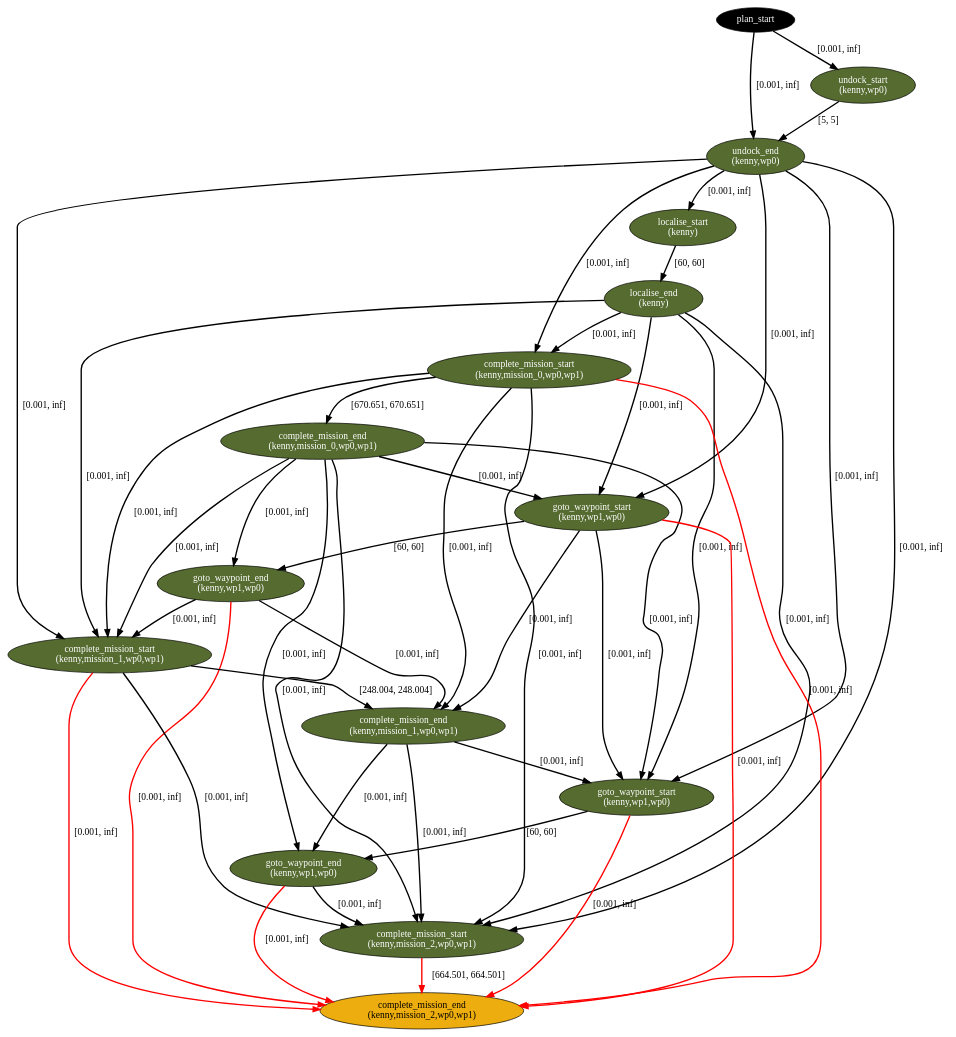
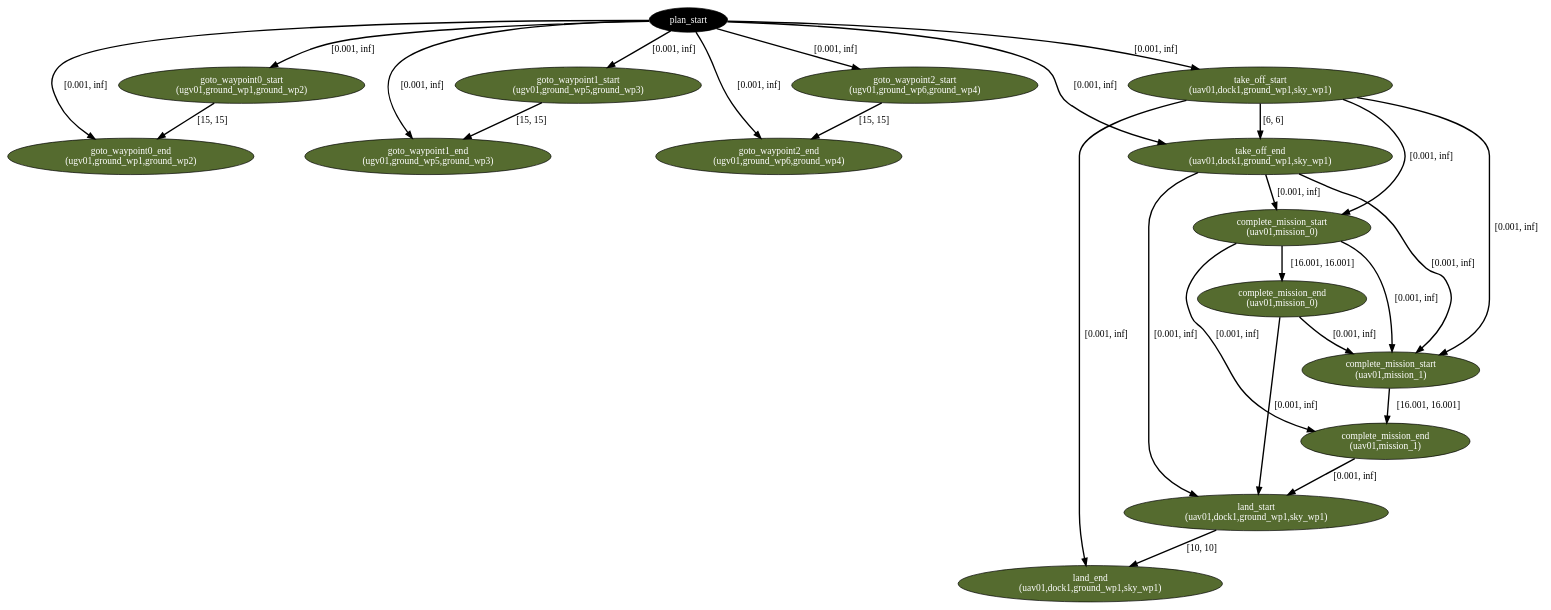
The diagram in scripts/strategic_plan.dot (m312z/rosplan_interface_strategic_redone), drawn with Graphviz before and after one commit. The commit also changed 30 other files, not shown here.

```diff
--- a/scripts/strategic_plan.dot
+++ b/scripts/strategic_plan.dot
@@ -1,75 +1,57 @@
 digraph plan {
 0[ label="plan_start",style=filled,fillcolor=black,fontcolor=white];
-1[ label="undock_start
-(kenny,wp0)",style=filled,fillcolor=darkolivegreen,fontcolor=white];
-2[ label="undock_end
-(kenny,wp0)",style=filled,fillcolor=darkolivegreen,fontcolor=white];
-3[ label="localise_start
-(kenny)",style=filled,fillcolor=darkolivegreen,fontcolor=white];
-4[ label="localise_end
-(kenny)",style=filled,fillcolor=darkolivegreen,fontcolor=white];
-5[ label="complete_mission_start
-(kenny,mission_0,wp0,wp1)",style=filled,fillcolor=darkolivegreen,fontcolor=white];
-6[ label="complete_mission_end
-(kenny,mission_0,wp0,wp1)",style=filled,fillcolor=darkolivegreen,fontcolor=white];
-7[ label="goto_waypoint_start
-(kenny,wp1,wp0)",style=filled,fillcolor=darkolivegreen,fontcolor=white];
-8[ label="goto_waypoint_end
-(kenny,wp1,wp0)",style=filled,fillcolor=darkolivegreen,fontcolor=white];
+1[ label="goto_waypoint0_start
+(ugv01,ground_wp1,ground_wp2)",style=filled,fillcolor=darkolivegreen,fontcolor=white];
+2[ label="goto_waypoint0_end
+(ugv01,ground_wp1,ground_wp2)",style=filled,fillcolor=darkolivegreen,fontcolor=white];
+3[ label="goto_waypoint1_start
+(ugv01,ground_wp5,ground_wp3)",style=filled,fillcolor=darkolivegreen,fontcolor=white];
+4[ label="goto_waypoint1_end
+(ugv01,ground_wp5,ground_wp3)",style=filled,fillcolor=darkolivegreen,fontcolor=white];
+5[ label="goto_waypoint2_start
+(ugv01,ground_wp6,ground_wp4)",style=filled,fillcolor=darkolivegreen,fontcolor=white];
+6[ label="goto_waypoint2_end
+(ugv01,ground_wp6,ground_wp4)",style=filled,fillcolor=darkolivegreen,fontcolor=white];
+7[ label="take_off_start
+(uav01,dock1,ground_wp1,sky_wp1)",style=filled,fillcolor=darkolivegreen,fontcolor=white];
+8[ label="take_off_end
+(uav01,dock1,ground_wp1,sky_wp1)",style=filled,fillcolor=darkolivegreen,fontcolor=white];
 9[ label="complete_mission_start
-(kenny,mission_1,wp0,wp1)",style=filled,fillcolor=darkolivegreen,fontcolor=white];
+(uav01,mission_0)",style=filled,fillcolor=darkolivegreen,fontcolor=white];
 10[ label="complete_mission_end
-(kenny,mission_1,wp0,wp1)",style=filled,fillcolor=darkolivegreen,fontcolor=white];
-11[ label="goto_waypoint_start
-(kenny,wp1,wp0)",style=filled,fillcolor=darkolivegreen,fontcolor=white];
-12[ label="goto_waypoint_end
-(kenny,wp1,wp0)",style=filled,fillcolor=darkolivegreen,fontcolor=white];
-13[ label="complete_mission_start
-(kenny,mission_2,wp0,wp1)",style=filled,fillcolor=darkolivegreen,fontcolor=white];
-14[ label="complete_mission_end
-(kenny,mission_2,wp0,wp1)",style=filled,fillcolor=darkgoldenrod2];
+(uav01,mission_0)",style=filled,fillcolor=darkolivegreen,fontcolor=white];
+11[ label="complete_mission_start
+(uav01,mission_1)",style=filled,fillcolor=darkolivegreen,fontcolor=white];
+12[ label="complete_mission_end
+(uav01,mission_1)",style=filled,fillcolor=darkolivegreen,fontcolor=white];
+13[ label="land_start
+(uav01,dock1,ground_wp1,sky_wp1)",style=filled,fillcolor=darkolivegreen,fontcolor=white];
+14[ label="land_end
+(uav01,dock1,ground_wp1,sky_wp1)",style=filled,fillcolor=darkolivegreen,fontcolor=white];
 "0" -> "1" [ label="[0.001, inf]" , penwidth=2, color="black"]
-"1" -> "2" [ label="[5, 5]" , penwidth=2, color="black"]
+"0" -> "3" [ label="[0.001, inf]" , penwidth=2, color="black"]
+"0" -> "5" [ label="[0.001, inf]" , penwidth=2, color="black"]
+"0" -> "7" [ label="[0.001, inf]" , penwidth=2, color="black"]
+"7" -> "8" [ label="[6, 6]" , penwidth=2, color="black"]
+"0" -> "8" [ label="[0.001, inf]" , penwidth=2, color="black"]
+"8" -> "9" [ label="[0.001, inf]" , penwidth=2, color="black"]
+"7" -> "9" [ label="[0.001, inf]" , penwidth=2, color="black"]
+"1" -> "2" [ label="[15, 15]" , penwidth=2, color="black"]
 "0" -> "2" [ label="[0.001, inf]" , penwidth=2, color="black"]
-"2" -> "3" [ label="[0.001, inf]" , penwidth=2, color="black"]
-"3" -> "4" [ label="[60, 60]" , penwidth=2, color="black"]
-"2" -> "5" [ label="[0.001, inf]" , penwidth=2, color="black"]
-"4" -> "5" [ label="[0.001, inf]" , penwidth=2, color="black"]
-"5" -> "6" [ label="[670.651, 670.651]" , penwidth=2, color="black"]
-"6" -> "7" [ label="[0.001, inf]" , penwidth=2, color="black"]
-"4" -> "7" [ label="[0.001, inf]" , penwidth=2, color="black"]
-"2" -> "7" [ label="[0.001, inf]" , penwidth=2, color="black"]
-"7" -> "8" [ label="[60, 60]" , penwidth=2, color="black"]
-"6" -> "8" [ label="[0.001, inf]" , penwidth=2, color="black"]
-"2" -> "9" [ label="[0.001, inf]" , penwidth=2, color="black"]
-"4" -> "9" [ label="[0.001, inf]" , penwidth=2, color="black"]
-"6" -> "9" [ label="[0.001, inf]" , penwidth=2, color="black"]
-"8" -> "9" [ label="[0.001, inf]" , penwidth=2, color="black"]
-"5" -> "9" [ label="[0.001, inf]" , penwidth=2, color="black"]
-"9" -> "10" [ label="[248.004, 248.004]" , penwidth=2, color="black"]
-"8" -> "10" [ label="[0.001, inf]" , penwidth=2, color="black"]
-"7" -> "10" [ label="[0.001, inf]" , penwidth=2, color="black"]
-"5" -> "10" [ label="[0.001, inf]" , penwidth=2, color="black"]
+"3" -> "4" [ label="[15, 15]" , penwidth=2, color="black"]
+"0" -> "4" [ label="[0.001, inf]" , penwidth=2, color="black"]
+"5" -> "6" [ label="[15, 15]" , penwidth=2, color="black"]
+"0" -> "6" [ label="[0.001, inf]" , penwidth=2, color="black"]
+"9" -> "10" [ label="[16.001, 16.001]" , penwidth=2, color="black"]
 "10" -> "11" [ label="[0.001, inf]" , penwidth=2, color="black"]
-"4" -> "11" [ label="[0.001, inf]" , penwidth=2, color="black"]
-"2" -> "11" [ label="[0.001, inf]" , penwidth=2, color="black"]
+"8" -> "11" [ label="[0.001, inf]" , penwidth=2, color="black"]
+"9" -> "11" [ label="[0.001, inf]" , penwidth=2, color="black"]
 "7" -> "11" [ label="[0.001, inf]" , penwidth=2, color="black"]
-"6" -> "11" [ label="[0.001, inf]" , penwidth=2, color="black"]
-"11" -> "12" [ label="[60, 60]" , penwidth=2, color="black"]
-"10" -> "12" [ label="[0.001, inf]" , penwidth=2, color="black"]
-"6" -> "12" [ label="[0.001, inf]" , penwidth=2, color="black"]
-"2" -> "13" [ label="[0.001, inf]" , penwidth=2, color="black"]
-"4" -> "13" [ label="[0.001, inf]" , penwidth=2, color="black"]
+"11" -> "12" [ label="[16.001, 16.001]" , penwidth=2, color="black"]
+"9" -> "12" [ label="[0.001, inf]" , penwidth=2, color="black"]
+"8" -> "13" [ label="[0.001, inf]" , penwidth=2, color="black"]
+"12" -> "13" [ label="[0.001, inf]" , penwidth=2, color="black"]
 "10" -> "13" [ label="[0.001, inf]" , penwidth=2, color="black"]
-"12" -> "13" [ label="[0.001, inf]" , penwidth=2, color="black"]
-"9" -> "13" [ label="[0.001, inf]" , penwidth=2, color="black"]
-"6" -> "13" [ label="[0.001, inf]" , penwidth=2, color="black"]
-"5" -> "13" [ label="[0.001, inf]" , penwidth=2, color="black"]
-"13" -> "14" [ label="[664.501, 664.501]" , penwidth=2, color="red"]
-"12" -> "14" [ label="[0.001, inf]" , penwidth=2, color="red"]
-"11" -> "14" [ label="[0.001, inf]" , penwidth=2, color="red"]
-"9" -> "14" [ label="[0.001, inf]" , penwidth=2, color="red"]
-"8" -> "14" [ label="[0.001, inf]" , penwidth=2, color="red"]
-"7" -> "14" [ label="[0.001, inf]" , penwidth=2, color="red"]
-"5" -> "14" [ label="[0.001, inf]" , penwidth=2, color="red"]
+"13" -> "14" [ label="[10, 10]" , penwidth=2, color="black"]
+"7" -> "14" [ label="[0.001, inf]" , penwidth=2, color="black"]
 }
```
